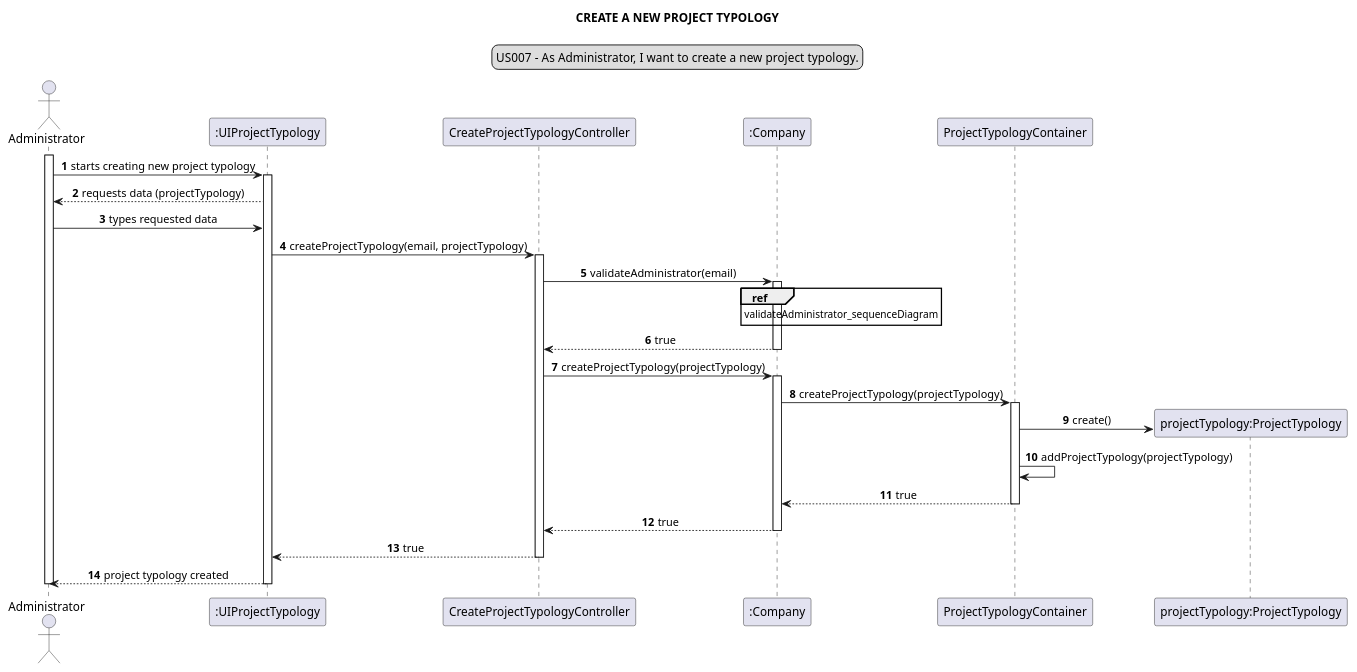
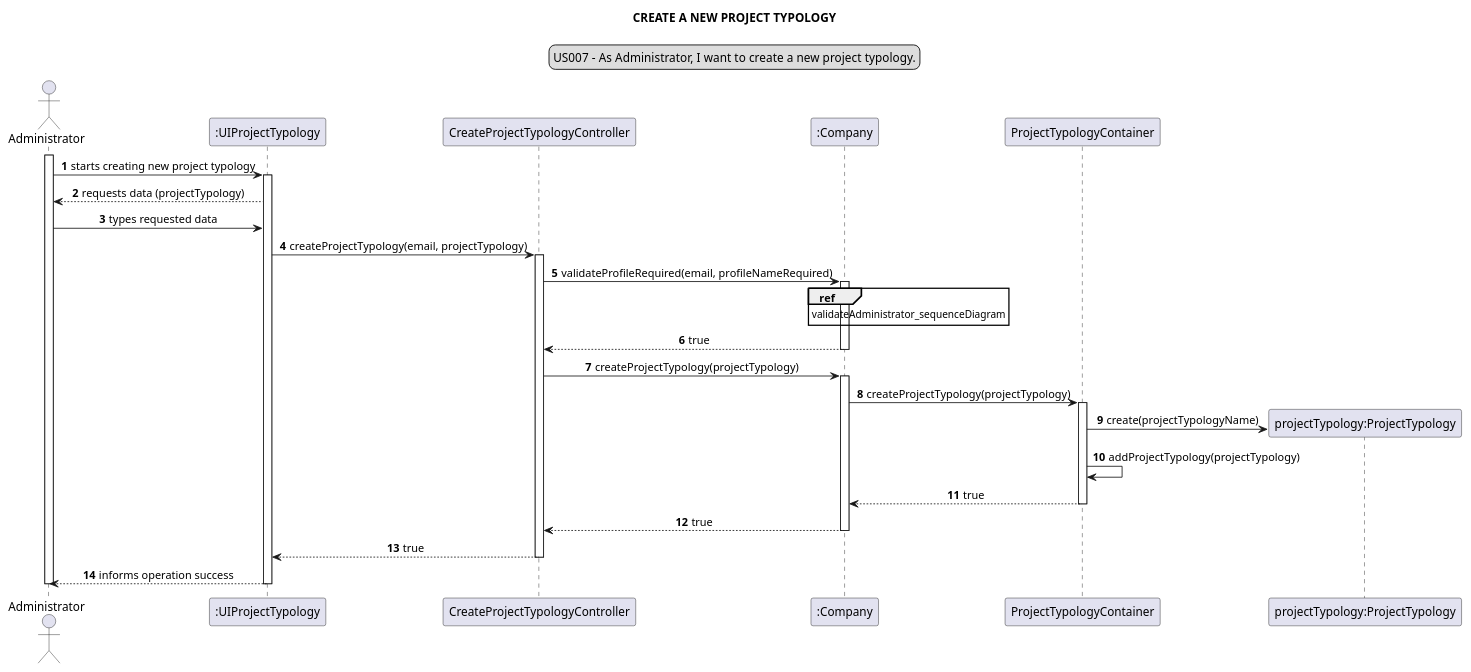
One commit to Loracline/project_switch_22-23 changed the diagram in docs/modelling_design/user_stories/sprint02/us007/US007_sequenceDiagram.puml. Above: the diagram before and after it, drawn with PlantUML. The commit also changed 4 other files, not shown here.

Commit message:
US001,US002, US007, US008, US009 : Design : refinement of Sequence Diagram

```diff
--- a/docs/modelling_design/user_stories/sprint02/us007/US007_sequenceDiagram.puml
+++ b/docs/modelling_design/user_stories/sprint02/us007/US007_sequenceDiagram.puml
@@ -1,48 +1,48 @@
 @startuml
 'https://plantuml.com/sequence-diagram
 
 autonumber
 skinparam sequenceMessageAlign center
 title CREATE A NEW PROJECT TYPOLOGY
 legend top
 US007 - As Administrator, I want to create a new project typology.
 end legend
 
 actor Administrator as a
 participant ":UIProjectTypology" as ui
 participant "CreateProjectTypologyController" as ct
 participant ":Company" as c
 participant "ProjectTypologyContainer" as ptc
 participant "projectTypology:ProjectTypology" as pty
 
 
 activate a
 a -> ui: starts creating new project typology
 activate ui
 ui --> a: requests data (projectTypology)
 a -> ui: types requested data
 ui -> ct: createProjectTypology(email, projectTypology)
 activate ct
-ct -> c: validateAdministrator(email)
+ct -> c: validateProfileRequired(email, profileNameRequired)
 activate c
 ref over c: validateAdministrator_sequenceDiagram
 c --> ct: true
 deactivate c
 ct -> c: createProjectTypology(projectTypology)
 activate c
 c -> ptc: createProjectTypology(projectTypology)
 activate ptc
 create pty
-ptc -> pty: create()
+ptc -> pty: create(projectTypologyName)
 ptc -> ptc: addProjectTypology(projectTypology)
 ptc --> c: true
 deactivate ptc
 c --> ct: true
 deactivate c
 ct --> ui: true
 deactivate ct
-ui --> a: project typology created
+ui --> a: informs operation success
 deactivate ui
 
 deactivate a
 @enduml
```
